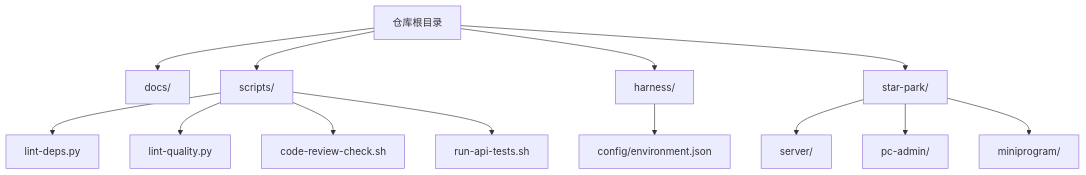
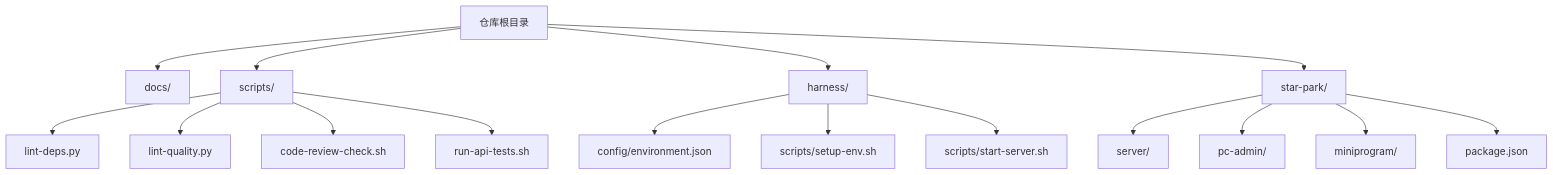
One commit to dawny123123/StarParadise changed the first of 8 diagrams in .qoder/repowiki/zh/content/开发者指南.md. Above: the diagram before and after it, drawn with Mermaid. The commit also changed other lines of this file and 229 other files, not shown here.

````diff
--- a/.qoder/repowiki/zh/content/开发者指南.md
+++ b/.qoder/repowiki/zh/content/开发者指南.md
@@ -43,15 +65,18 @@
 ```mermaid
 graph TB
 A["仓库根目录"] --> B["docs/"]
 A --> C["scripts/"]
 A --> D["harness/"]
 A --> E["star-park/"]
 E --> E1["server/"]
 E --> E2["pc-admin/"]
 E --> E3["miniprogram/"]
 C --> C1["lint-deps.py"]
 C --> C2["lint-quality.py"]
 C --> C3["code-review-check.sh"]
 C --> C4["run-api-tests.sh"]
 D --> D1["config/environment.json"]
+D --> D2["scripts/setup-env.sh"]
+D --> D3["scripts/start-server.sh"]
+E --> E4["package.json"]
 ```
````
